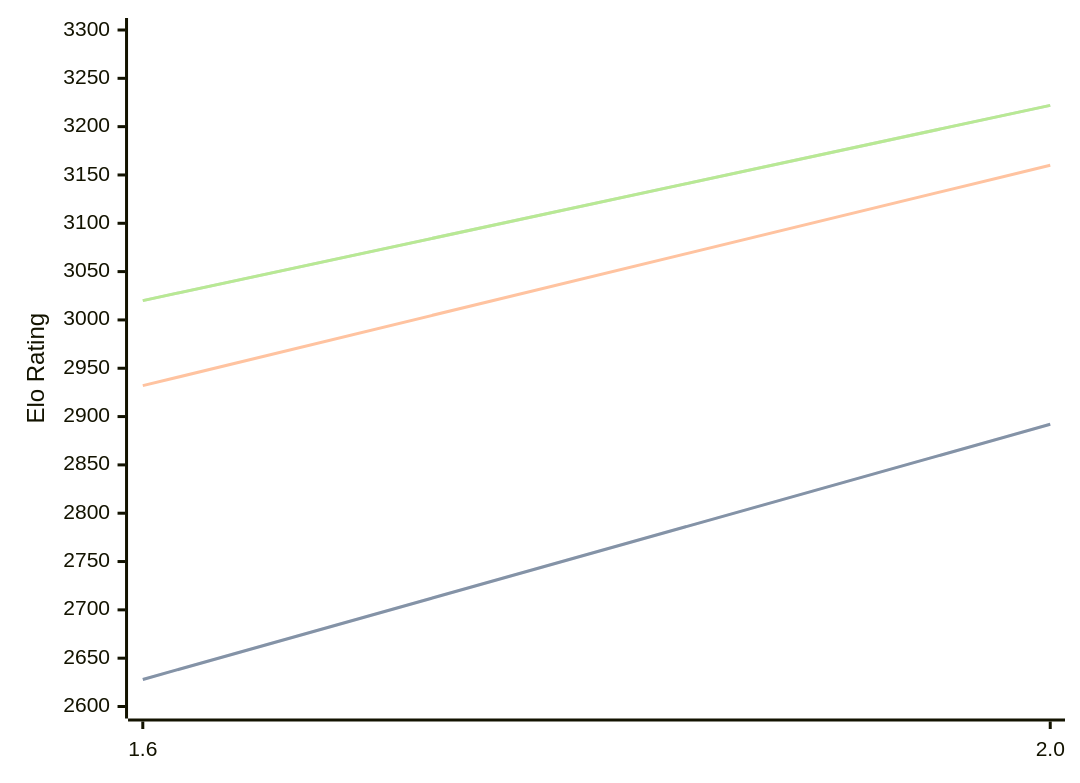
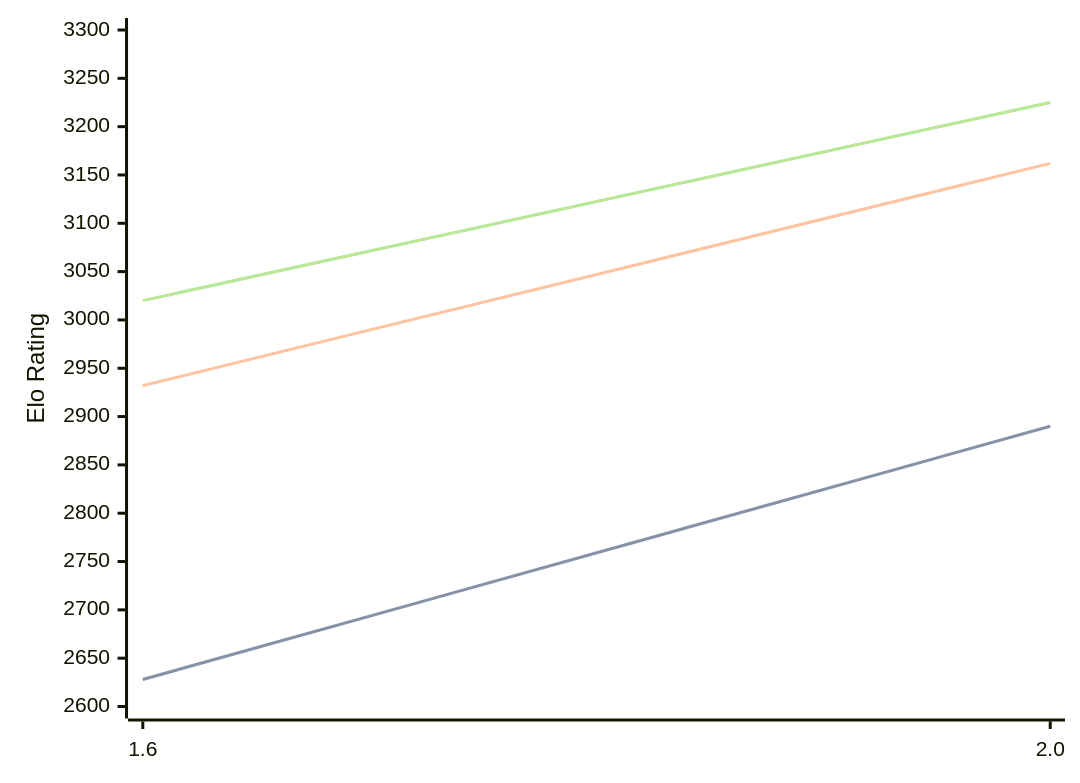
One commit to computer-chess-index/cci changed the diagram in engines/Onyx.md. Above: the diagram before and after it, drawn with Mermaid. The commit also changed other lines of this file, not shown here.

Commit message:
Update CCI Ratings (ELO VLTC) - 2026-09-04

````diff
--- a/engines/Onyx.md
+++ b/engines/Onyx.md
@@ -32,11 +32,11 @@
 ```mermaid
 %%{init: {"theme":"base","themeVariables":{"seriesColors:['#a3a3a3','#222221','#faa371']}}}%%
 xychart-beta
   x-axis ["1.6", "2.0"]
   y-axis "Elo Rating" 2600 --> 3300
-  line "" [2628, 2892]
-  line "STC (8.0+0.08s)" [2628, 2892]
-  line "LTC (60.0+0.60s)" [2932, 3160]
-  line "" [3020, 3222]
-  line "VLTC (2m24s+1.12s)" [3020, 3222]
+  line "" [2628, 2890]
+  line "STC (8.0+0.08s)" [2628, 2890]
+  line "LTC (60.0+0.60s)" [2932, 3162]
+  line "" [3020, 3225]
+  line "VLTC (2m24s+1.12s)" [3020, 3225]
 ```
````
